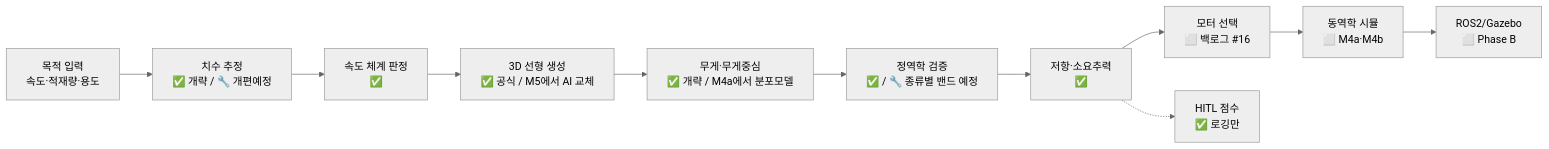
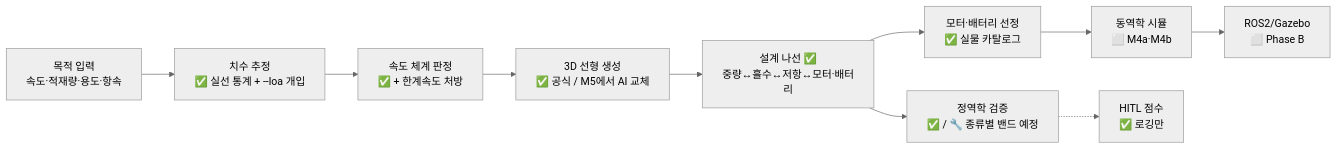
Before and after one commit to unmatsutake377-rgb/ship-ai-design-project: the diagram in docs/PROGRESS.md, drawn with Mermaid (neutral theme). The commit also changed other lines of this file, not shown here.

Commit message:
docs: 현황도 다이어그램·한계 목록 최신화 (설계 나선 반영)

````diff
--- a/docs/PROGRESS.md
+++ b/docs/PROGRESS.md
@@ -12,13 +12,12 @@
 ```mermaid
 flowchart LR
-    A[목적 입력<br>속도·적재량·용도] --> B[치수 추정<br>✅ 개략 / 🔧 개편예정]
-    B --> C[속도 체계 판정<br>✅]
+    A[목적 입력<br>속도·적재량·용도·항속] --> B[치수 추정<br>✅ 실선 통계 + --loa 개입]
+    B --> C[속도 체계 판정<br>✅ + 한계속도 처방]
     C --> D[3D 선형 생성<br>✅ 공식 / M5에서 AI 교체]
-    D --> E[무게·무게중심<br>✅ 개략 / M4a에서 분포모델]
+    D --> E[설계 나선 ✅<br>중량↔흘수↔저항↔모터·배터리]
     E --> F[정역학 검증<br>✅ / 🔧 종류별 밴드 예정]
-    F --> G[저항·소요추력<br>✅]
-    G --> H[모터 선택<br>⬜ 백로그 #16]
-    H --> I[동역학 시뮬<br>⬜ M4a·M4b]
+    E --> G[모터·배터리 선정<br>✅ 실물 카탈로그]
+    G --> I[동역학 시뮬<br>⬜ M4a·M4b]
     I --> J[ROS2/Gazebo<br>⬜ Phase B]
-    G -.-> K[HITL 점수<br>✅ 로깅만]
+    F -.-> K[HITL 점수<br>✅ 로깅만]
 ```
````
